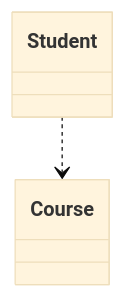
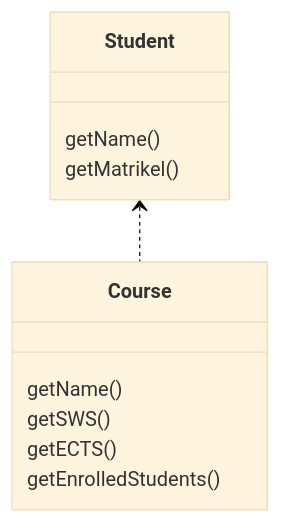
One commit to bkleinen/bkleinen.github.io changed the first of 2 diagrams in hugo/content/classes/ss2024/info2/labs/note-on-crc-cards.md. Above: the diagram before and after it, drawn with Mermaid (base theme). The commit also changed other lines of this file and 3 other files, not shown here.

```diff
--- a/hugo/content/classes/ss2024/info2/labs/note-on-crc-cards.md
+++ b/hugo/content/classes/ss2024/info2/labs/note-on-crc-cards.md
@@ -26,10 +33,15 @@
 {{<mermaid>}} 
 classDiagram
-    Student ..> Course
+    Student <.. Course
     class Student{
-
+        getName()
+        getMatrikel()
     }
     class Course{
-
+        getName()
+        getSWS()
+        getECTS()
+        getEnrolledStudents()
+        
     }
 {{</ mermaid>}} 
```
